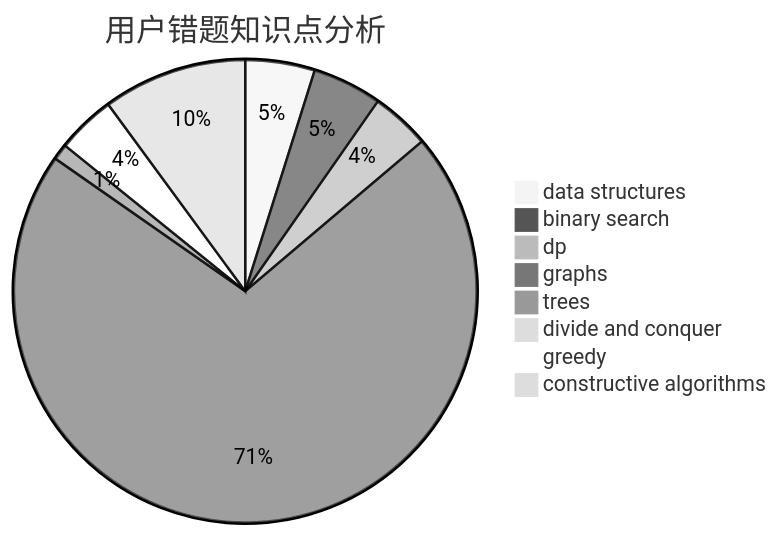
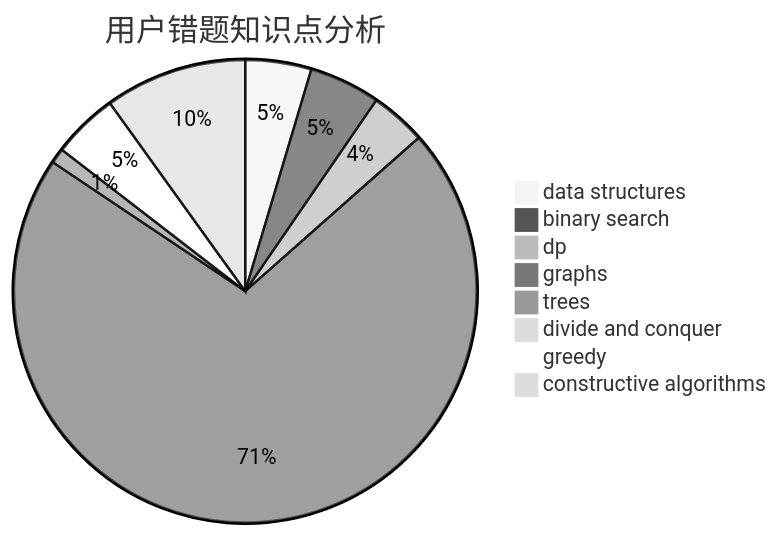
One commit to sherpahu/cfrs.github.io changed the third of 3 diagrams in docs/user/u2188.md. Above: the diagram before and after it, drawn with Mermaid (neutral theme). The commit also changed other lines of this file and 2770 other files, not shown here.

````diff
--- a/docs/user/u2188.md
+++ b/docs/user/u2188.md
@@ -36,11 +36,11 @@
 ```mermaid
 pie title 用户错题知识点分析
     "data structures" :  13
-    "binary search" :  13
+    "binary search" :  14
     "dp" :  11
-    "graphs" :  190
+    "graphs" :  200
     "trees" :  3
     "divide and conquer" :  0
-    "greedy" :  11
-    "constructive algorithms" :  27
+    "greedy" :  13
+    "constructive algorithms" :  28
 ```
````
